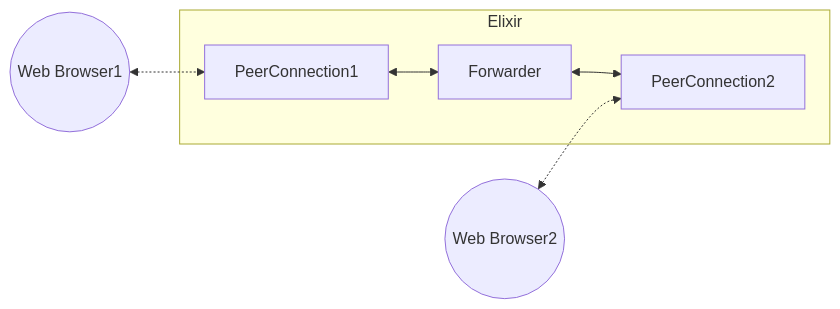
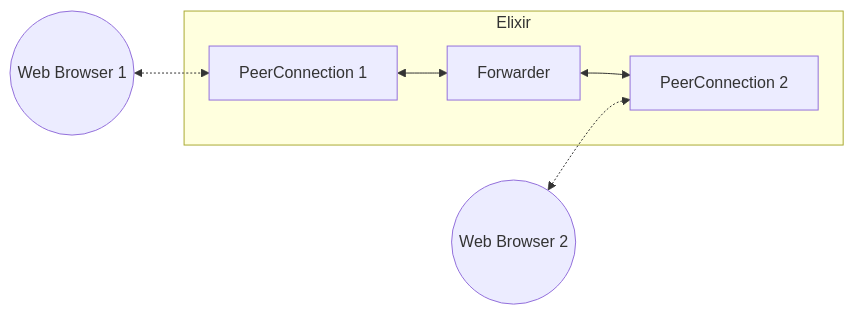
The second of 3 diagrams in guides/intro.md (elixir-webrtc/ex_webrtc), drawn with Mermaid before and after one commit. The commit also changed other lines of this file, not shown here.

Commit message:
Fix issues with diagrams

````diff
--- a/guides/intro.md
+++ b/guides/intro.md
@@ -385,9 +385,9 @@
 ```mermaid
 flowchart LR
   subgraph Elixir
-    PC1[PeerConnection1] <--> Forwarder <--> PC2[PeerConnection2]
+    PC1[PeerConnection 1] <--> Forwarder <--> PC2[PeerConnection 2]
   end
 
-  WB1((Web Browser1)) <-.-> PC1
-  WB2((Web Browser2)) <-.-> PC2
+  WB1((Web Browser 1)) <-.-> PC1
+  WB2((Web Browser 2)) <-.-> PC2
 ```
````
